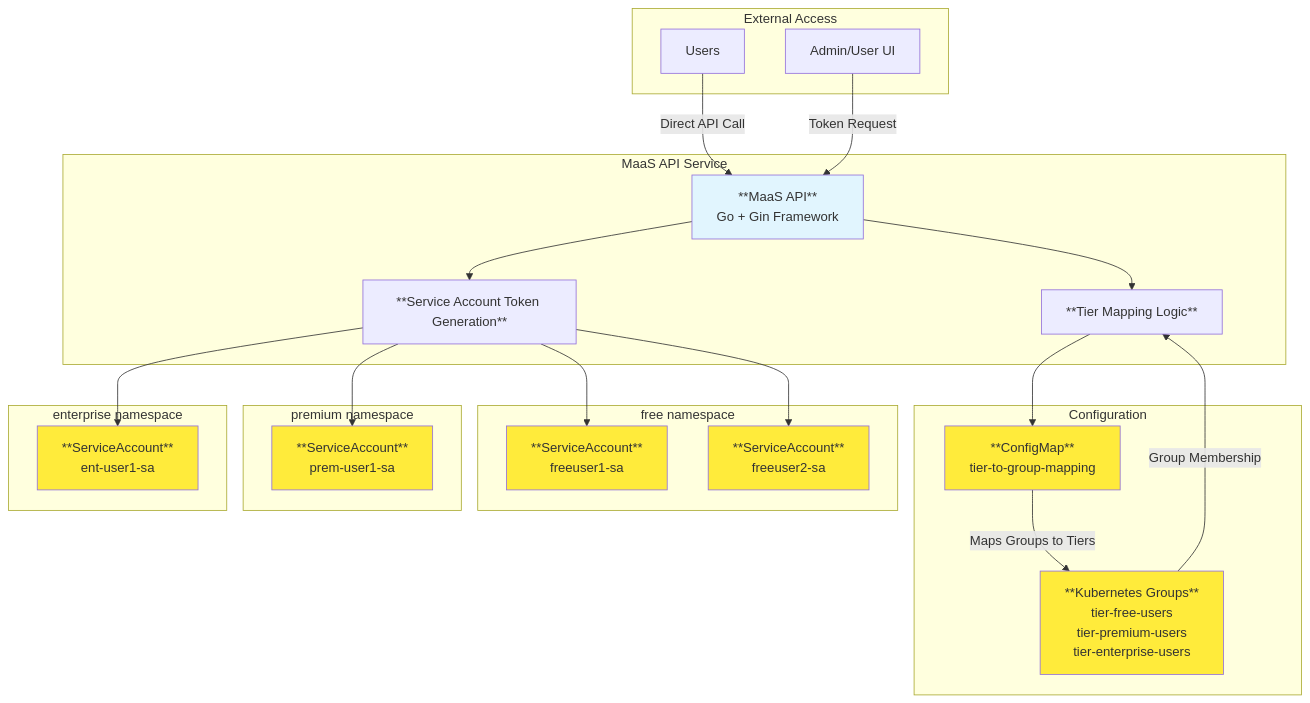
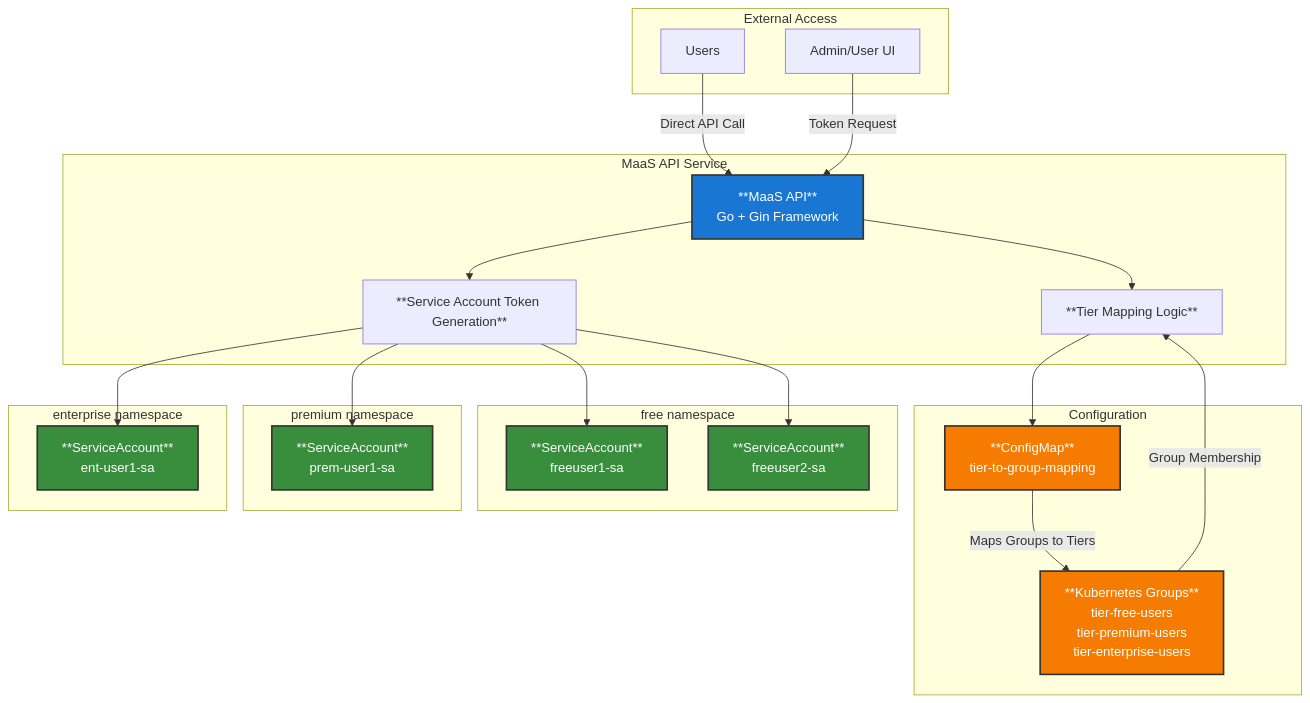
The second of 5 diagrams in docs/content/architecture.md (yossiovadia/maas-billing), drawn with Mermaid before and after one commit. The commit also changed other lines of this file, not shown here.

Commit message:
docs: update architecture diagram styles for improved clarity (#193)

````diff
--- a/docs/content/architecture.md
+++ b/docs/content/architecture.md
@@ -61,54 +61,54 @@
 ```mermaid
 graph TB
     subgraph "External Access"
         User[Users]
         AdminUI[Admin/User UI]
     end
     
     subgraph "MaaS API Service"
         API[**MaaS API**<br/>Go + Gin Framework]
         TierMapping[**Tier Mapping Logic**]
         TokenGen[**Service Account Token Generation**]
     end
     
     subgraph "Configuration"
         ConfigMap[**ConfigMap**<br/>tier-to-group-mapping]
         K8sGroups[**Kubernetes Groups**<br/>tier-free-users<br/>tier-premium-users<br/>tier-enterprise-users]
     end
     
     subgraph "free namespace"
         FreeSA1[**ServiceAccount**<br/>freeuser1-sa]
         FreeSA2[**ServiceAccount**<br/>freeuser2-sa]
     end
     
     subgraph "premium namespace"
         PremiumSA1[**ServiceAccount**<br/>prem-user1-sa]
     end
     
     subgraph "enterprise namespace"
         EnterpriseSA1[**ServiceAccount**<br/>ent-user1-sa]
     end
     
     User -->|Direct API Call| API
     AdminUI -->|Token Request| API
     
     API --> TierMapping
     API --> TokenGen
     
     TierMapping --> ConfigMap
     ConfigMap -->|Maps Groups to Tiers| K8sGroups
     TokenGen --> FreeSA1
     TokenGen --> FreeSA2
     TokenGen --> PremiumSA1
     TokenGen --> EnterpriseSA1
     
     K8sGroups -->|Group Membership| TierMapping
     
-    style API fill:#e1f5fe
-    style ConfigMap fill:#ffeb3b
-    style K8sGroups fill:#ffeb3b
-    style FreeSA1 fill:#ffeb3b
-    style FreeSA2 fill:#ffeb3b
-    style PremiumSA1 fill:#ffeb3b
-    style EnterpriseSA1 fill:#ffeb3b
+    style API fill:#1976d2,stroke:#333,stroke-width:2px,color:#fff
+    style ConfigMap fill:#f57c00,stroke:#333,stroke-width:2px,color:#fff
+    style K8sGroups fill:#f57c00,stroke:#333,stroke-width:2px,color:#fff
+    style FreeSA1 fill:#388e3c,stroke:#333,stroke-width:2px,color:#fff
+    style FreeSA2 fill:#388e3c,stroke:#333,stroke-width:2px,color:#fff
+    style PremiumSA1 fill:#388e3c,stroke:#333,stroke-width:2px,color:#fff
+    style EnterpriseSA1 fill:#388e3c,stroke:#333,stroke-width:2px,color:#fff
 ```
````
